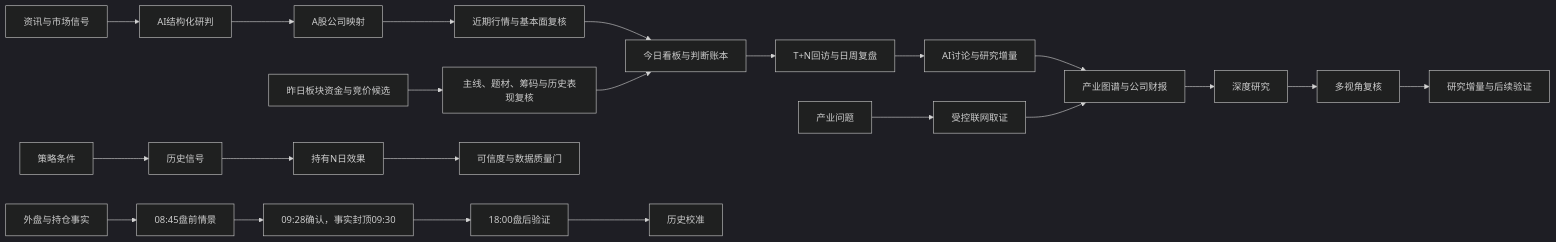
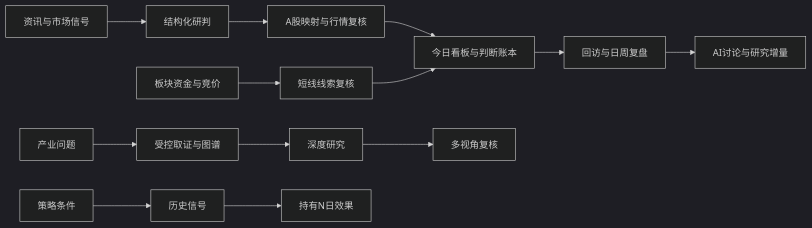
Before and after one commit to BigApple12138/RT-ResearchFlow: the diagram in README.md, drawn with Mermaid (dark theme). The commit also changed other lines of this file and 12 other files, not shown here.

First line of the commit message:
docs(community): 社区门面正规化——修正反馈渠道与 README 事实，补齐已知限制/路线图/徽章与自动化配置

````diff
--- a/README.md
+++ b/README.md
@@ -221,28 +72,18 @@
 ```mermaid
 flowchart LR
-    A[资讯与市场信号] --> B[AI结构化研判]
-    B --> C[A股公司映射]
-    C --> D[近期行情与基本面复核]
-    D --> E[今日看板与判断账本]
-    E --> F[T+N回访与日周复盘]
-    F --> V[AI讨论与研究增量]
-    V --> I
+    A[资讯与市场信号] --> B[结构化研判]
+    B --> C[A股映射与行情复核]
+    C --> D[今日看板与判断账本]
+    D --> E[回访与日周复盘]
+    E --> F[AI讨论与研究增量]
 
-    Q[外盘与持仓事实] --> R[08:45盘前情景]
-    R --> S[09:28确认，事实封顶09:30]
-    S --> T[18:00盘后验证]
-    T --> U[历史校准]
+    G[产业问题] --> H[受控取证与图谱]
+    H --> I[深度研究]
+    I --> J[多视角复核]
 
-    G[产业问题] --> H[受控联网取证]
-    H --> I[产业图谱与公司财报]
-    I --> J[深度研究]
-    J --> K[多视角复核]
-    K --> L[研究增量与后续验证]
+    K[板块资金与竞价] --> L[短线线索复核]
+    L --> D
 
     M[策略条件] --> N[历史信号]
     N --> O[持有N日效果]
-    O --> P[可信度与数据质量门]
-
-    W[昨日板块资金与竞价候选] --> X[主线、题材、筹码与历史表现复核]
-    X --> E
 ```
````
